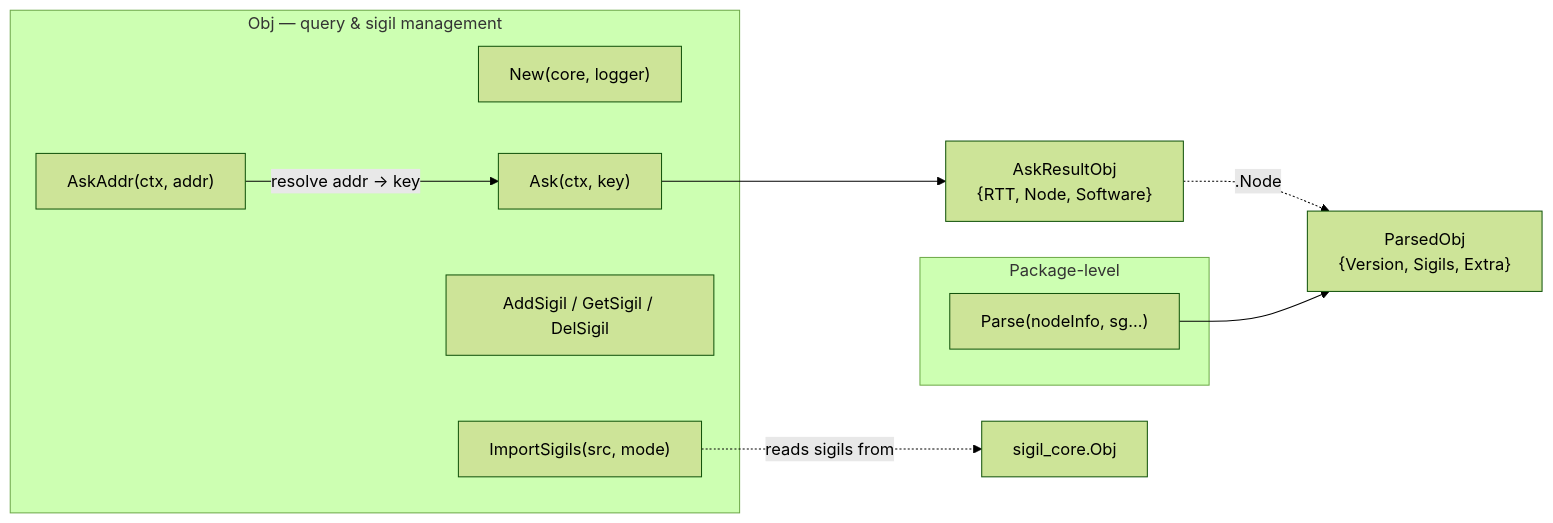
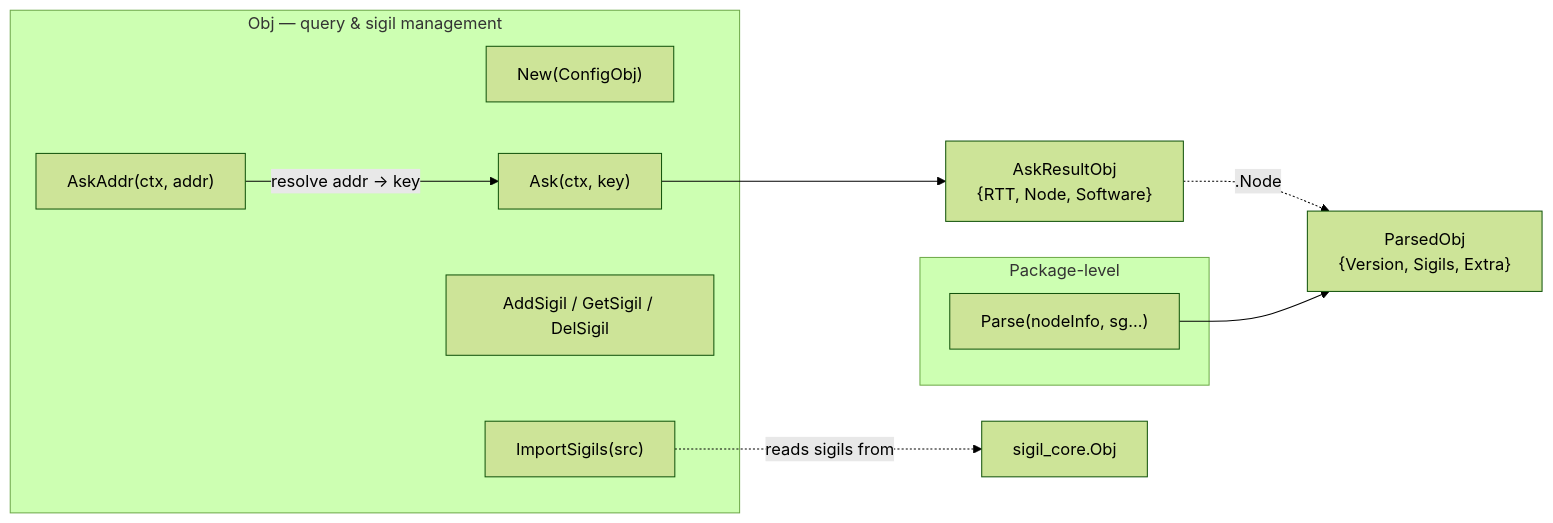
The first of 2 diagrams in mod/ninfo/README.md (voluminor/ratatoskr), drawn with Mermaid (forest theme) before and after one commit. The commit also changed other lines of this file and 126 other files, not shown here.

````diff
--- a/mod/ninfo/README.md
+++ b/mod/ninfo/README.md
@@ -29,21 +29,21 @@
 ```mermaid
 flowchart LR
     subgraph Obj["Obj — query & sigil management"]
-        New["New(core, logger)"]
+        New["New(ConfigObj)"]
         AskAddr["AskAddr(ctx, addr)"]
         Ask["Ask(ctx, key)"]
         AddSigil["AddSigil / GetSigil / DelSigil"]
-        ImportSigils["ImportSigils(src, mode)"]
+        ImportSigils["ImportSigils(src)"]
     end
 
     subgraph Free["Package-level"]
         Parse["Parse(nodeInfo, sg...)"]
     end
 
     AskAddr -->|"resolve addr → key"| Ask
     Ask --> AskResult["AskResultObj\n{RTT, Node, Software}"]
   AskResult -.->|" .Node "| ParsedObj["ParsedObj\n{Version, Sigils, Extra}"]
   ImportSigils -.->|" reads sigils from "| SC["sigil_core.Obj"]
 
     Parse --> ParsedObj
 ```
````
